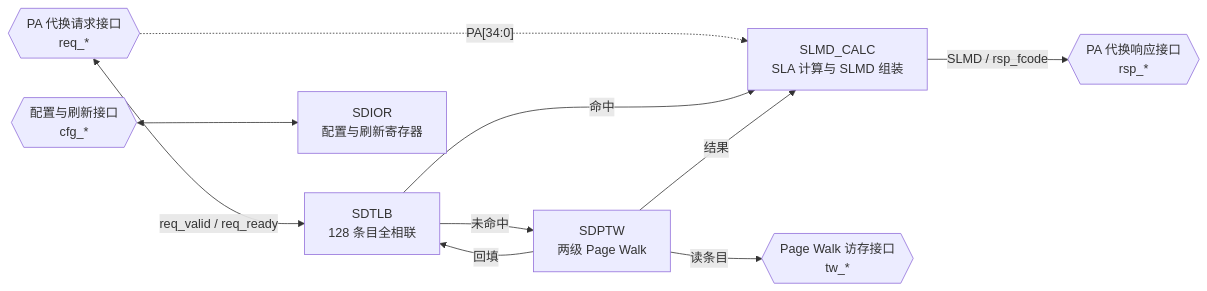
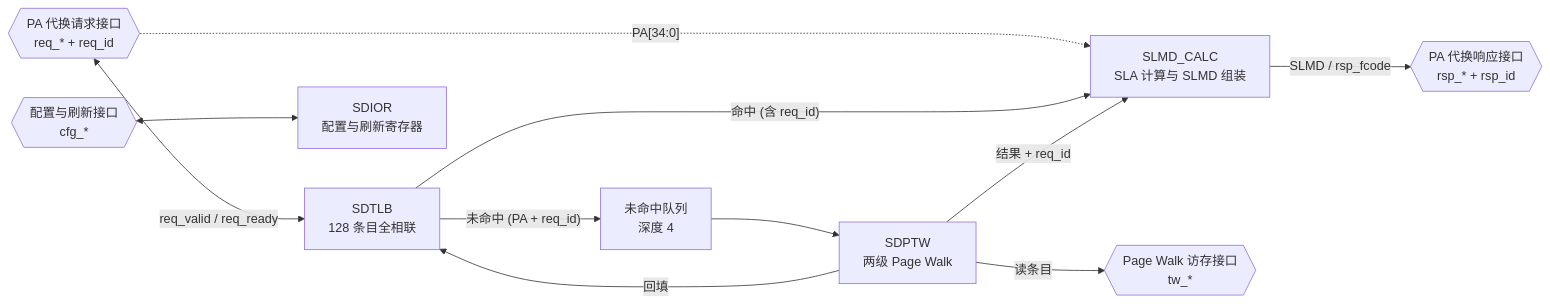
One commit to DuBirdFly/C1_SDecoder changed the second of 6 diagrams in doc/design_plan/SDecoder设计方案/SDecoder 设计方案.md. Above: the diagram before and after it, drawn with Mermaid. The commit also changed other lines of this file and 1 other file, not shown here.

Commit message:
docs(design_plan): SDecoder 改为 hit-under-miss, SDTLB 表项改回全 FF

````diff
--- a/doc/design_plan/SDecoder设计方案/SDecoder 设计方案.md
+++ b/doc/design_plan/SDecoder设计方案/SDecoder 设计方案.md
@@ -192,12 +196,13 @@
 ```mermaid
 flowchart LR
-    REQ{{"PA 代换请求接口<br/>req_*"}} <-->|"req_valid / req_ready"| SDTLB["SDTLB<br/>128 条目全相联"]
+    REQ{{"PA 代换请求接口<br/>req_* + req_id"}} <-->|"req_valid / req_ready"| SDTLB["SDTLB<br/>128 条目全相联"]
     REQ -.->|"PA[34:0]"| CALC["SLMD_CALC<br/>SLA 计算与 SLMD 组装"]
-    SDTLB -->|"命中"| CALC
-    SDTLB -->|"未命中"| SDPTW["SDPTW<br/>两级 Page Walk"]
+    SDTLB -->|"命中 (含 req_id)"| CALC
+    SDTLB -->|"未命中 (PA + req_id)"| MFIFO["未命中队列<br/>深度 4"]
+    MFIFO --> SDPTW["SDPTW<br/>两级 Page Walk"]
     SDPTW -->|"读条目"| TW{{"Page Walk 访存接口<br/>tw_*"}}
     SDPTW -->|"回填"| SDTLB
-    SDPTW -->|"结果"| CALC
-    CALC -->|"SLMD / rsp_fcode"| RSP{{"PA 代换响应接口<br/>rsp_*"}}
+    SDPTW -->|"结果 + req_id"| CALC
+    CALC -->|"SLMD / rsp_fcode"| RSP{{"PA 代换响应接口<br/>rsp_* + rsp_id"}}
     CFG{{"配置与刷新接口<br/>cfg_*"}} <--> SDIOR["SDIOR<br/>配置与刷新寄存器"]
 ```
````
